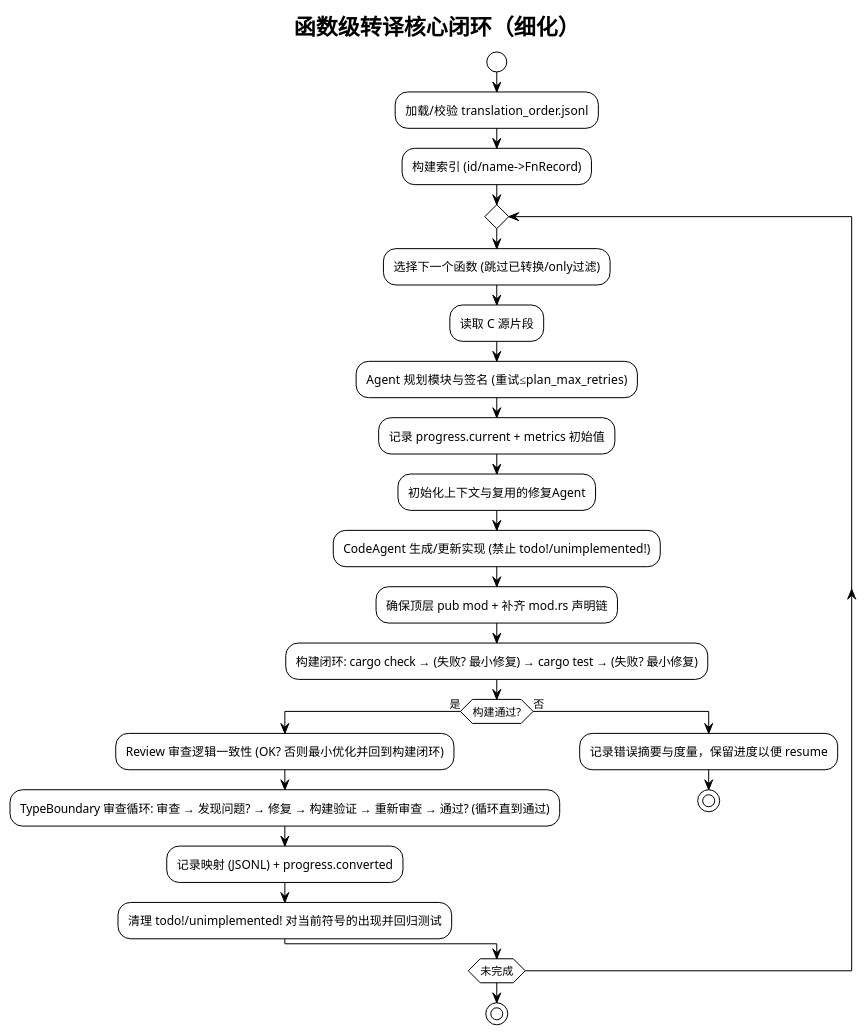
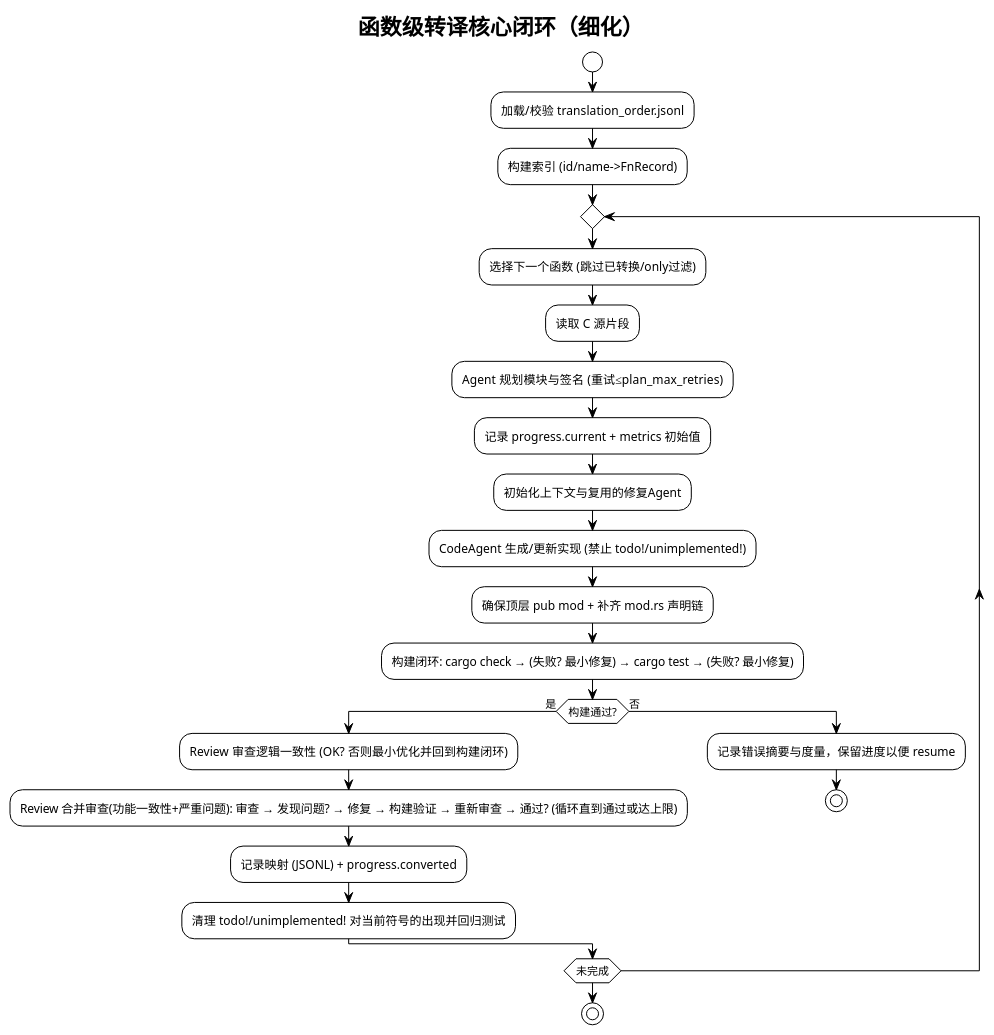
One commit to skyfireitdiy/Jarvis changed diagram 52 of 60 in 技术报告.md. Above: the diagram before and after it, drawn with PlantUML. The commit also changed other lines of this file, not shown here.

````diff
--- a/技术报告.md
+++ b/技术报告.md
@@ -3730,30 +3733,30 @@
 ```plantuml
 @startuml
 !theme plain
 title 函数级转译核心闭环（细化）
 
 start
 :加载/校验 translation_order.jsonl;
 :构建索引 (id/name->FnRecord);
 repeat
   :选择下一个函数 (跳过已转换/only过滤);
   :读取 C 源片段;
   :Agent 规划模块与签名 (重试≤plan_max_retries);
   :记录 progress.current + metrics 初始值;
   :初始化上下文与复用的修复Agent;
   :CodeAgent 生成/更新实现 (禁止 todo!/unimplemented!);
   :确保顶层 pub mod + 补齐 mod.rs 声明链;
   :构建闭环: cargo check → (失败? 最小修复) → cargo test → (失败? 最小修复);
   if (构建通过?) then (是)
     :Review 审查逻辑一致性 (OK? 否则最小优化并回到构建闭环);
-    :TypeBoundary 审查循环: 审查 → 发现问题? → 修复 → 构建验证 → 重新审查 → 通过? (循环直到通过);
+    :Review 合并审查(功能一致性+严重问题): 审查 → 发现问题? → 修复 → 构建验证 → 重新审查 → 通过? (循环直到通过或达上限);
     :记录映射 (JSONL) + progress.converted;
     :清理 todo!/unimplemented! 对当前符号的出现并回归测试;
   else (否)
     :记录错误摘要与度量，保留进度以便 resume;
     stop
   endif
 repeat while (未完成)
 stop
 @enduml
 ```
````
